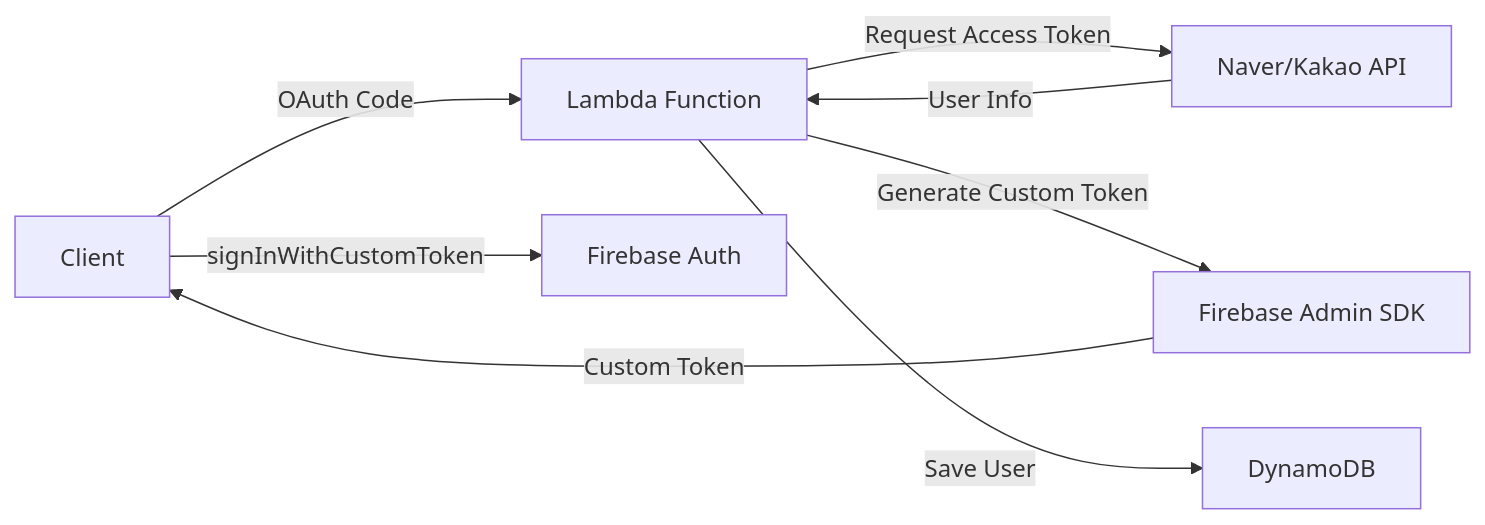
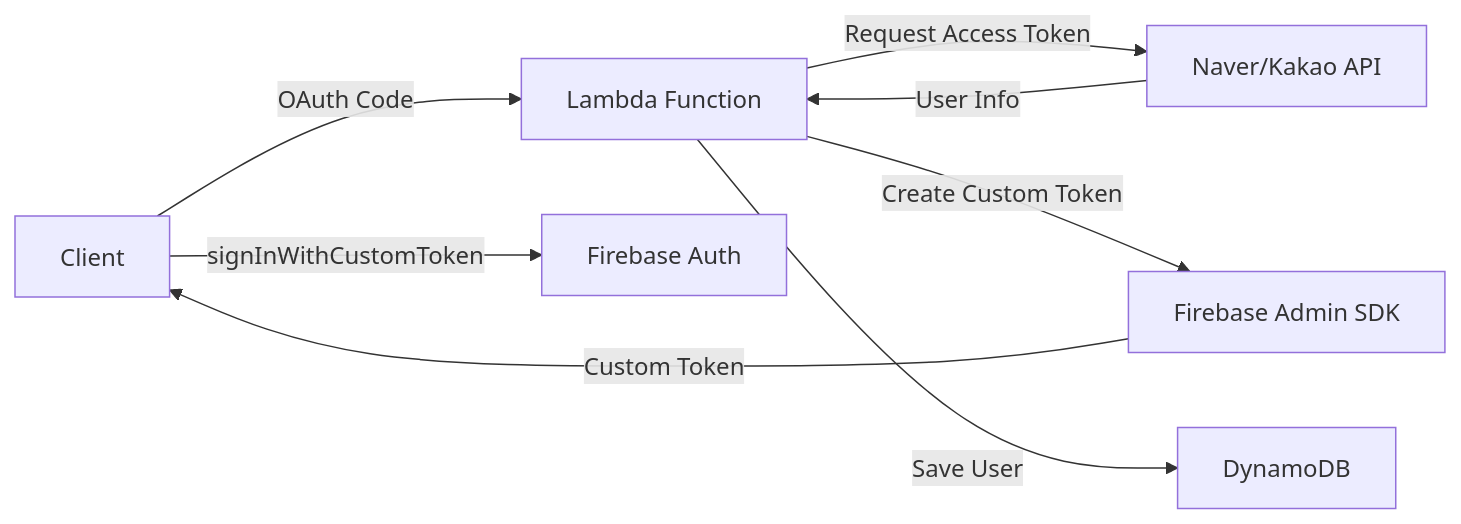
Before and after one commit to realcoding2003/realcoding.github.io: the diagram in _posts/2025-06-27-firebase-oauth-hybrid-strategy-en.md, drawn with Mermaid. The commit also changed other lines of this file and 1 other file, not shown here.

````diff
--- a/_posts/2025-06-27-firebase-oauth-hybrid-strategy-en.md
+++ b/_posts/2025-06-27-firebase-oauth-hybrid-strategy-en.md
@@ -74,10 +114,10 @@
 ```mermaid
 flowchart LR
     A[Client] -->|OAuth Code| B[Lambda Function]
     B -->|Request Access Token| C[Naver/Kakao API]
     C -->|User Info| B
-    B -->|Generate Custom Token| D[Firebase Admin SDK]
+    B -->|Create Custom Token| D[Firebase Admin SDK]
     B -->|Save User| E[DynamoDB]
     D -->|Custom Token| A
     A -->|signInWithCustomToken| F[Firebase Auth]
 ```
````
